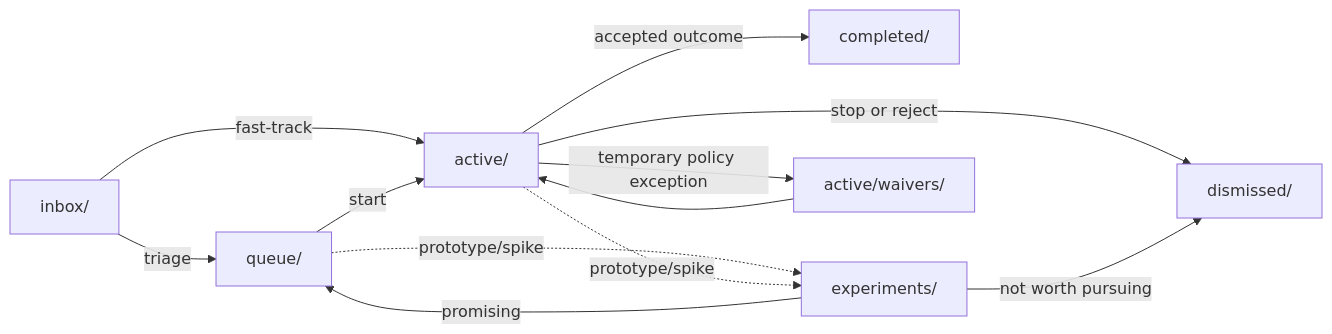
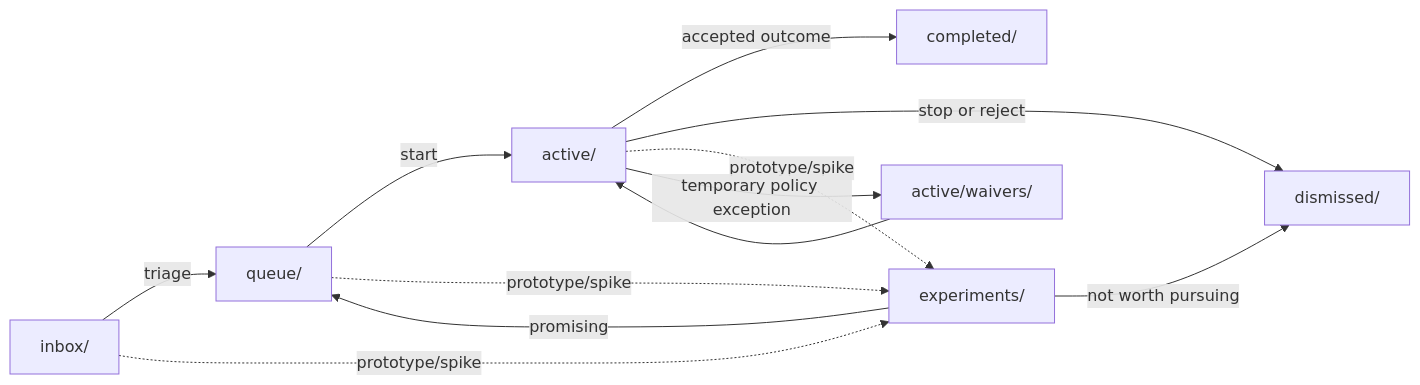
The diagram in doc/pro/README.md (woeiru/lab), drawn with Mermaid before and after one commit. The commit also changed other lines of this file and 5 other files, not shown here.

First line of the commit message:
doc/pro: add design classification to triage, remove fast-track path

````diff
--- a/doc/pro/README.md
+++ b/doc/pro/README.md
@@ -11,16 +11,16 @@
 ```mermaid
 flowchart LR
   I["inbox/"] -->|triage| Q["queue/"]
-  I -->|fast-track| A["active/"]
   Q -->|start| A["active/"]
   A -->|accepted outcome| C["completed/"]
   A -->|stop or reject| D["dismissed/"]
 
-  Q -. prototype/spike .-> E["experiments/"]
+  I -. prototype/spike .-> E["experiments/"]
+  Q -. prototype/spike .-> E
   A -. prototype/spike .-> E
   E -->|promising| Q
   E -->|not worth pursuing| D
 
   A -->|temporary policy exception| W["active/waivers/"]
   W --> A
 ```
````
